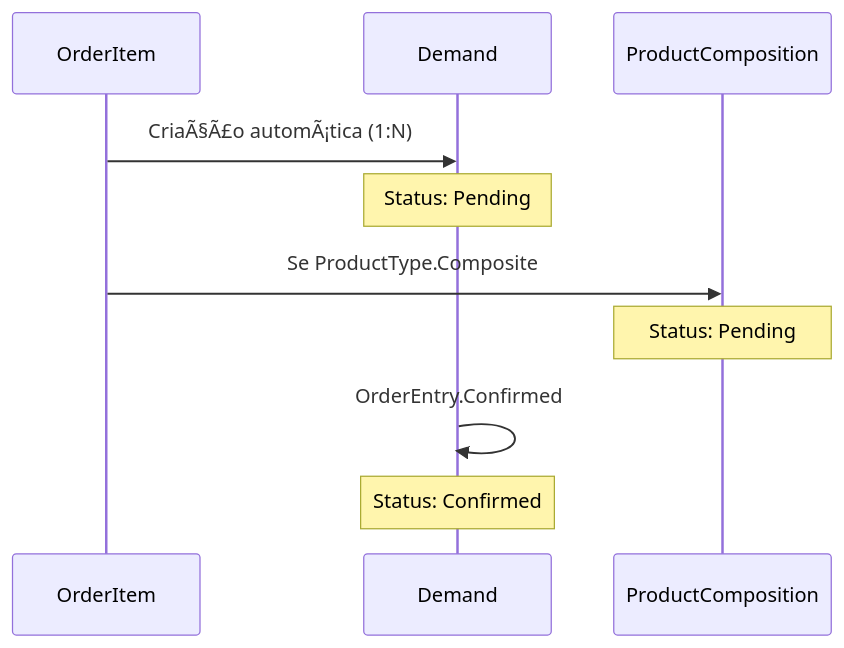
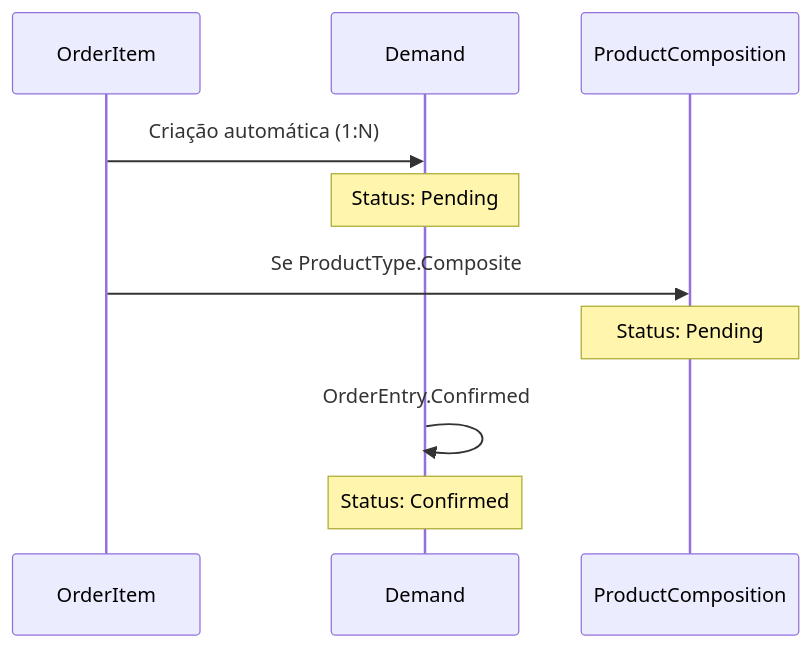
Before and after one commit to igor-spalenza/GesN: the fourth of 7 diagrams in GesN.Web/Context/DOMAIN CONTEXTS/DOMAIN_GUIDE.md, drawn with Mermaid. The commit also changed other lines of this file and 10 other files, not shown here.

````diff
--- a/GesN.Web/Context/DOMAIN CONTEXTS/DOMAIN_GUIDE.md
+++ b/GesN.Web/Context/DOMAIN CONTEXTS/DOMAIN_GUIDE.md
@@ -1218,15 +1218,15 @@
 ```mermaid
 sequenceDiagram
     participant OI as OrderItem
     participant D as Demand
     participant PC as ProductComposition
     
-    OI->>D: CriaÃ§Ã£o automÃ¡tica (1:N)
+    OI->>D: Criação automática (1:N)
     Note over D: Status: Pending
     
     OI->>PC: Se ProductType.Composite
     Note over PC: Status: Pending
     
     D->>D: OrderEntry.Confirmed
     Note over D: Status: Confirmed
 ```
````
